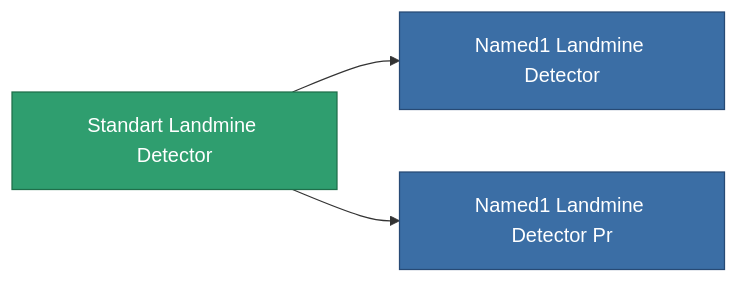
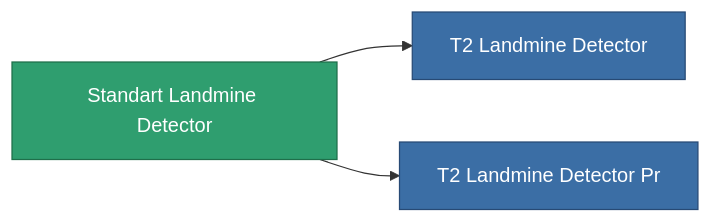
One commit to OpenPerpetuum/Wiki changed the diagram in content/content/items/standart_landmine_detector.md. Above: the diagram before and after it, drawn with Mermaid. The commit also changed other lines of this file and 4904 other files, not shown here.

````diff
--- a/content/content/items/standart_landmine_detector.md
+++ b/content/content/items/standart_landmine_detector.md
@@ -51,13 +43,13 @@
 ```mermaid
 graph LR
     a["Standart Landmine Detector"]:::current
-    b["Named1 Landmine Detector"]:::prod
+    b["T2 Landmine Detector"]:::prod
     a --> b
-    click b "/content/items/named1-landmine-detector/" "Named1 Landmine Detector"
-    c["Named1 Landmine Detector Pr"]:::prod
+    click b "/content/items/named1-landmine-detector/" "T2 Landmine Detector"
+    c["T2 Landmine Detector Pr"]:::prod
     a --> c
-    click c "/content/items/named1-landmine-detector-pr/" "Named1 Landmine Detector Pr"
+    click c "/content/items/named1-landmine-detector-pr/" "T2 Landmine Detector Pr"
     classDef current fill:#2f9e6f,stroke:#1f6f4a,color:#ffffff
     classDef prod fill:#3b6ea5,stroke:#274a75,color:#ffffff
     classDef more fill:#39445a,stroke:#54658a,color:#d5dbe8
 ```
````
